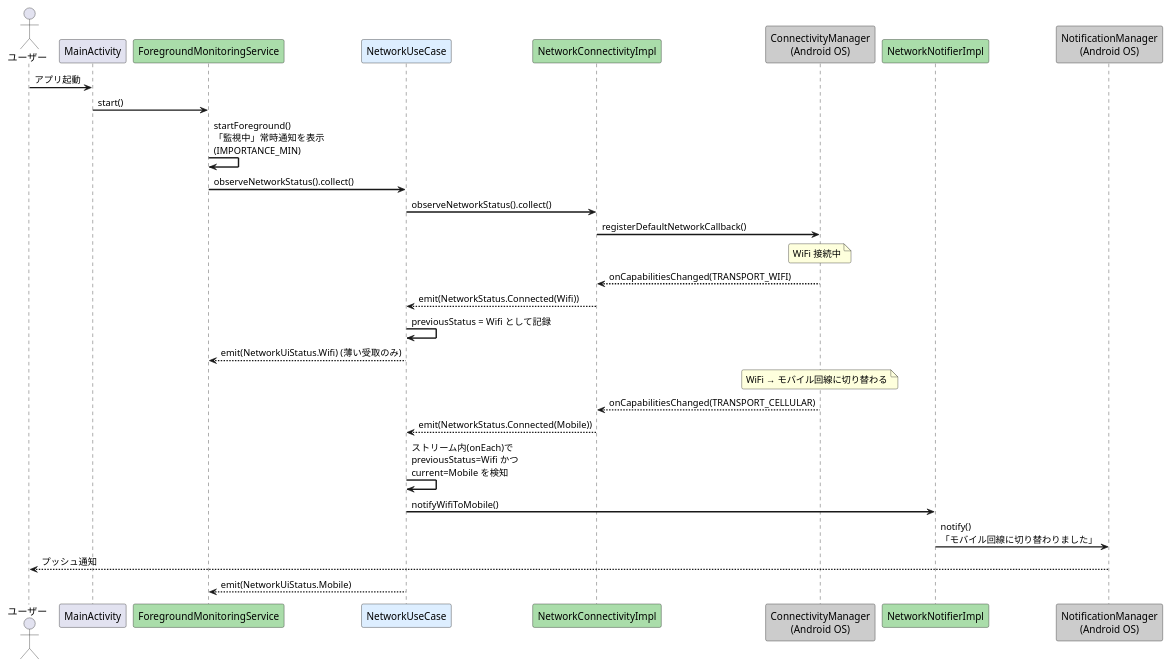
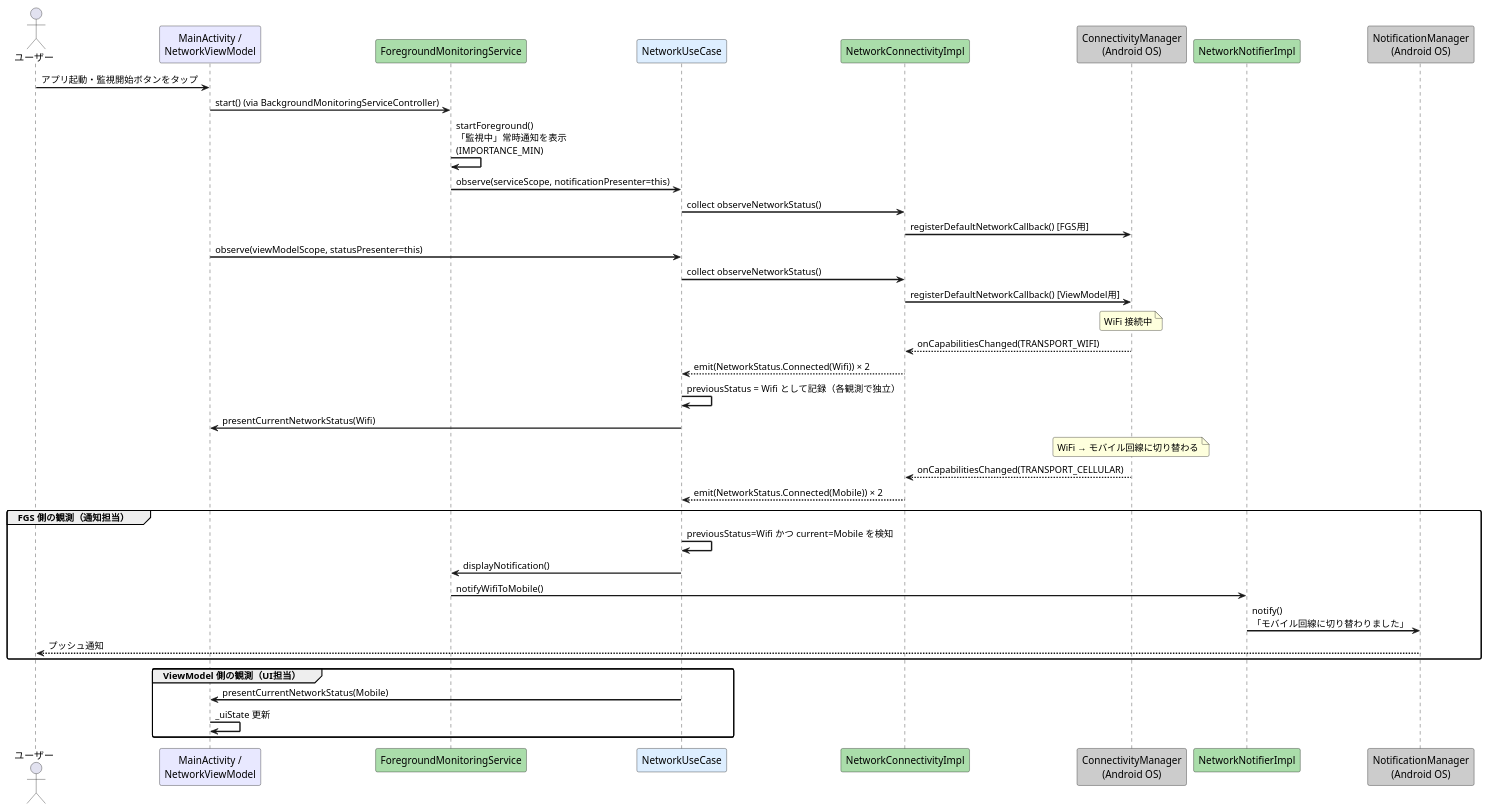
The first of 3 diagrams in docs/notification-sequence.md (kyo1941/wifi-observer), drawn with PlantUML before and after one commit. The commit also changed other lines of this file and 2 other files, not shown here.

````diff
--- a/docs/notification-sequence.md
+++ b/docs/notification-sequence.md
@@ -5,40 +7,51 @@
 ```plantuml
 @startuml
 skinparam sequenceArrowThickness 2
 skinparam roundcorner 5
 
 actor ユーザー
-participant "MainActivity" as Activity
+participant "MainActivity /\nNetworkViewModel" as ViewModel #E8E8FF
 participant "ForegroundMonitoringService" as Service #AADDAA
 participant "NetworkUseCase" as UseCase #DDEEFF
 participant "NetworkConnectivityImpl" as Connectivity #AADDAA
 participant "ConnectivityManager\n(Android OS)" as OS #CCCCCC
 participant "NetworkNotifierImpl" as Notifier #AADDAA
 participant "NotificationManager\n(Android OS)" as NotifOS #CCCCCC
 
-ユーザー -> Activity: アプリ起動
-Activity -> Service: start()
+ユーザー -> ViewModel: アプリ起動・監視開始ボタンをタップ
+ViewModel -> Service: start() (via BackgroundMonitoringServiceController)
 Service -> Service: startForeground()\n「監視中」常時通知を表示\n(IMPORTANCE_MIN)
-Service -> UseCase: observeNetworkStatus().collect()
-UseCase -> Connectivity: observeNetworkStatus().collect()
-Connectivity -> OS: registerDefaultNetworkCallback()
+Service -> UseCase: observe(serviceScope, notificationPresenter=this)
+UseCase -> Connectivity: collect observeNetworkStatus()
+Connectivity -> OS: registerDefaultNetworkCallback() [FGS用]
+
+ViewModel -> UseCase: observe(viewModelScope, statusPresenter=this)
+UseCase -> Connectivity: collect observeNetworkStatus()
+Connectivity -> OS: registerDefaultNetworkCallback() [ViewModel用]
 
 note over OS: WiFi 接続中
 
 OS --> Connectivity: onCapabilitiesChanged(TRANSPORT_WIFI)
-Connectivity --> UseCase: emit(NetworkStatus.Connected(Wifi))
-UseCase -> UseCase: previousStatus = Wifi として記録
-UseCase --> Service: emit(NetworkUiStatus.Wifi) (薄い受取のみ)
+Connectivity --> UseCase: emit(NetworkStatus.Connected(Wifi)) × 2
+UseCase -> UseCase: previousStatus = Wifi として記録（各観測で独立）
+UseCase -> ViewModel: presentCurrentNetworkStatus(Wifi)
 
 note over OS: WiFi → モバイル回線に切り替わる
 
 OS --> Connectivity: onCapabilitiesChanged(TRANSPORT_CELLULAR)
-Connectivity --> UseCase: emit(NetworkStatus.Connected(Mobile))
+Connectivity --> UseCase: emit(NetworkStatus.Connected(Mobile)) × 2
 
-UseCase -> UseCase: ストリーム内(onEach)で\npreviousStatus=Wifi かつ\ncurrent=Mobile を検知
-UseCase -> Notifier: notifyWifiToMobile()
-Notifier -> NotifOS: notify()\n「モバイル回線に切り替わりました」
-NotifOS --> ユーザー: プッシュ通知
-UseCase --> Service: emit(NetworkUiStatus.Mobile)
+group FGS 側の観測（通知担当）
+    UseCase -> UseCase: previousStatus=Wifi かつ current=Mobile を検知
+    UseCase -> Service: displayNotification()
+    Service -> Notifier: notifyWifiToMobile()
+    Notifier -> NotifOS: notify()\n「モバイル回線に切り替わりました」
+    NotifOS --> ユーザー: プッシュ通知
+end
+
+group ViewModel 側の観測（UI担当）
+    UseCase -> ViewModel: presentCurrentNetworkStatus(Mobile)
+    ViewModel -> ViewModel: _uiState 更新
+end
 @enduml
 ```
````
